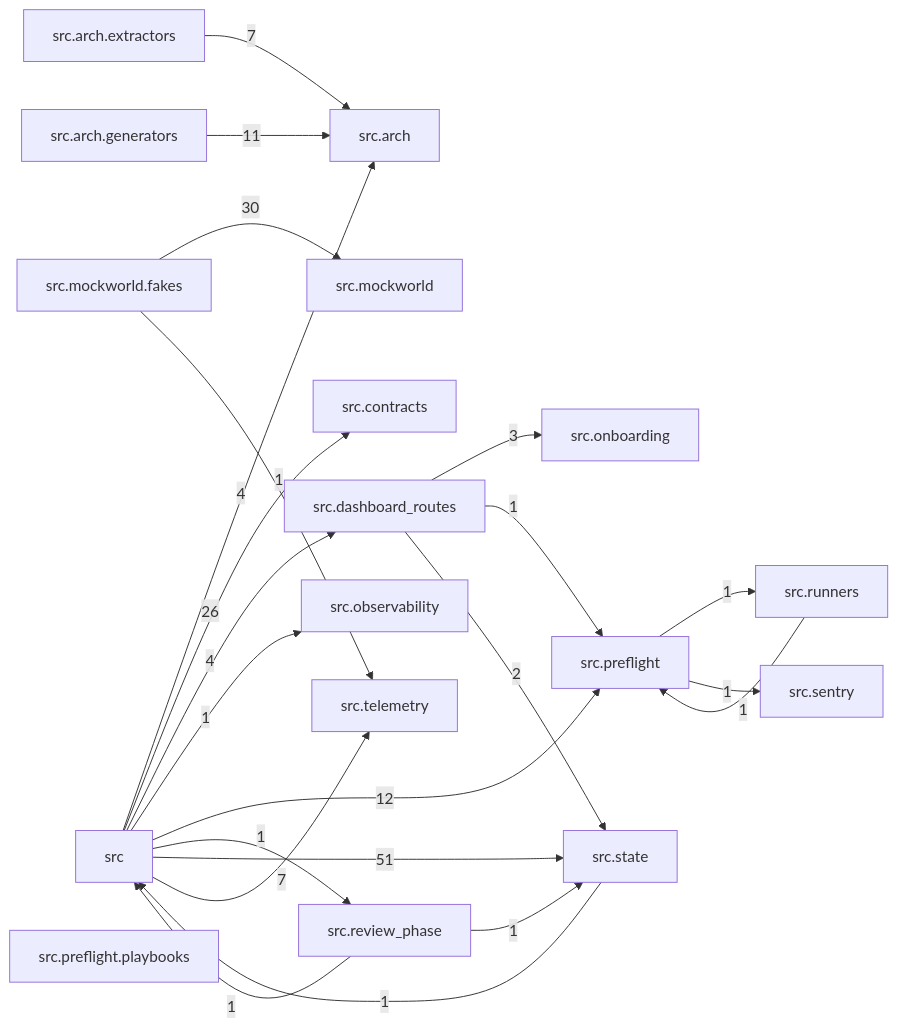
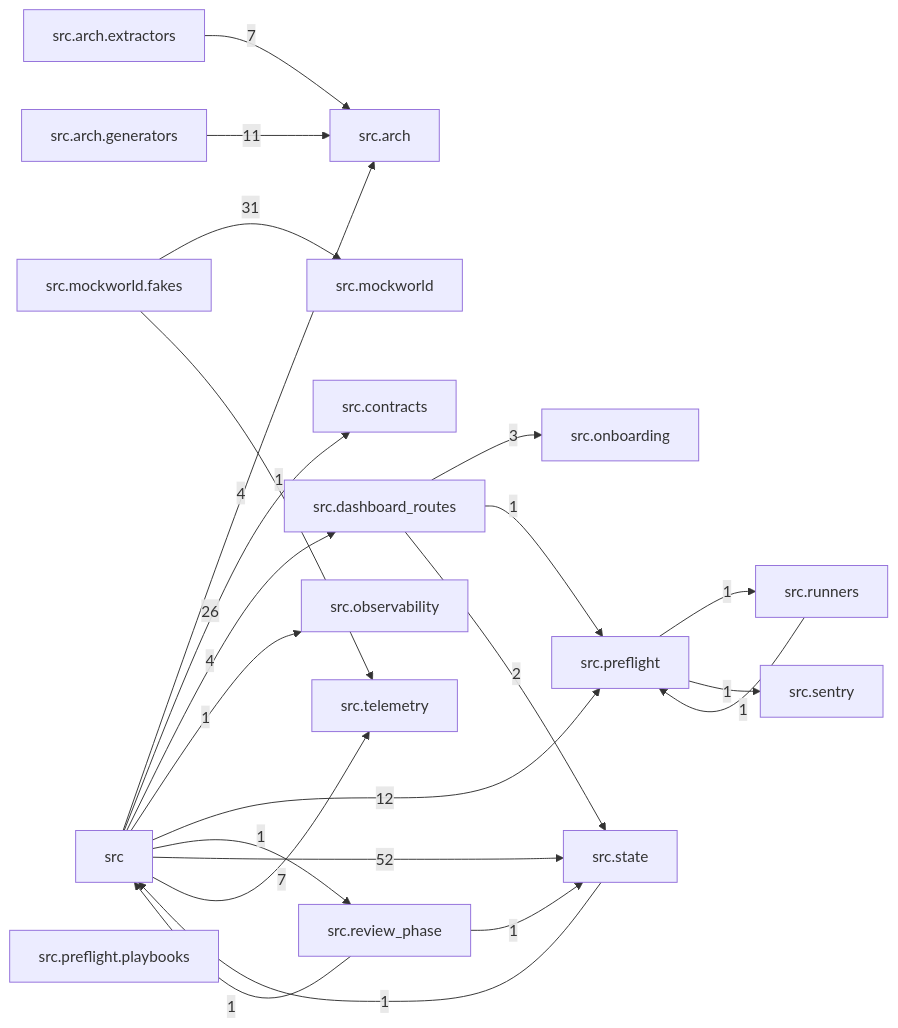
One commit to T-rav/hydraflow changed the diagram in docs/arch/generated/modules.md. Above: the diagram before and after it, drawn with Mermaid. The commit also changed 73 other files, not shown here.

````diff
--- a/docs/arch/generated/modules.md
+++ b/docs/arch/generated/modules.md
@@ -7,41 +7,41 @@
 ```mermaid
 graph LR
     src["src"]
     src_arch["src.arch"]
     src_arch_extractors["src.arch.extractors"]
     src_arch_generators["src.arch.generators"]
     src_contracts["src.contracts"]
     src_dashboard_routes["src.dashboard_routes"]
     src_mockworld["src.mockworld"]
     src_mockworld_fakes["src.mockworld.fakes"]
     src_observability["src.observability"]
     src_onboarding["src.onboarding"]
     src_preflight["src.preflight"]
     src_preflight_playbooks["src.preflight.playbooks"]
     src_review_phase["src.review_phase"]
     src_runners["src.runners"]
     src_sentry["src.sentry"]
     src_state["src.state"]
     src_telemetry["src.telemetry"]
     src -- "4" --> src_arch
     src -- "26" --> src_contracts
     src -- "4" --> src_dashboard_routes
     src -- "1" --> src_observability
     src -- "12" --> src_preflight
     src -- "1" --> src_review_phase
-    src -- "51" --> src_state
+    src -- "52" --> src_state
     src -- "7" --> src_telemetry
     src_arch_extractors -- "7" --> src_arch
     src_arch_generators -- "11" --> src_arch
     src_dashboard_routes -- "3" --> src_onboarding
     src_dashboard_routes -- "1" --> src_preflight
     src_dashboard_routes -- "2" --> src_state
-    src_mockworld_fakes -- "30" --> src_mockworld
+    src_mockworld_fakes -- "31" --> src_mockworld
     src_mockworld_fakes -- "1" --> src_telemetry
     src_preflight -- "1" --> src_runners
     src_preflight -- "1" --> src_sentry
     src_review_phase -- "1" --> src
     src_review_phase -- "1" --> src_state
     src_runners -- "1" --> src_preflight
     src_state -- "1" --> src
 ```
````
